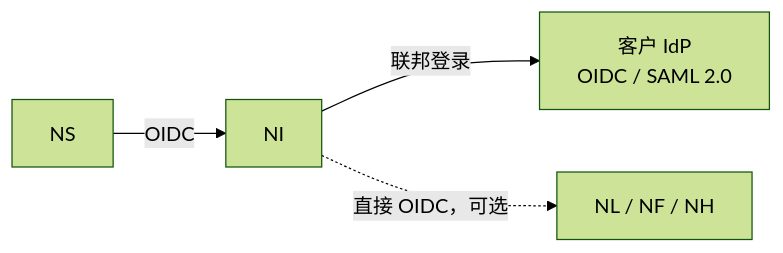
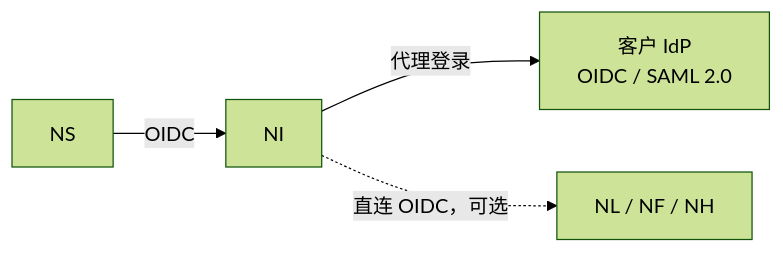
Before and after one commit to NereidAI/nereidai.github.io: the diagram in docs/zh/products/nereididentity.md, drawn with Mermaid (forest theme). The commit also changed other lines of this file and 31 other files, not shown here.

````diff
--- a/docs/zh/products/nereididentity.md
+++ b/docs/zh/products/nereididentity.md
@@ -68,6 +76,6 @@
 ```mermaid
 flowchart LR
     NS["NS"] -->|OIDC| NI["NI"]
-    NI -->|联邦登录| IDP["客户 IdP\nOIDC / SAML 2.0"]
-    NI -.->|直接 OIDC，可选| PRODUCTS["NL / NF / NH"]
+    NI -->|代理登录| IDP["客户 IdP\nOIDC / SAML 2.0"]
+    NI -.->|直连 OIDC，可选| PRODUCTS["NL / NF / NH"]
 ```
````
